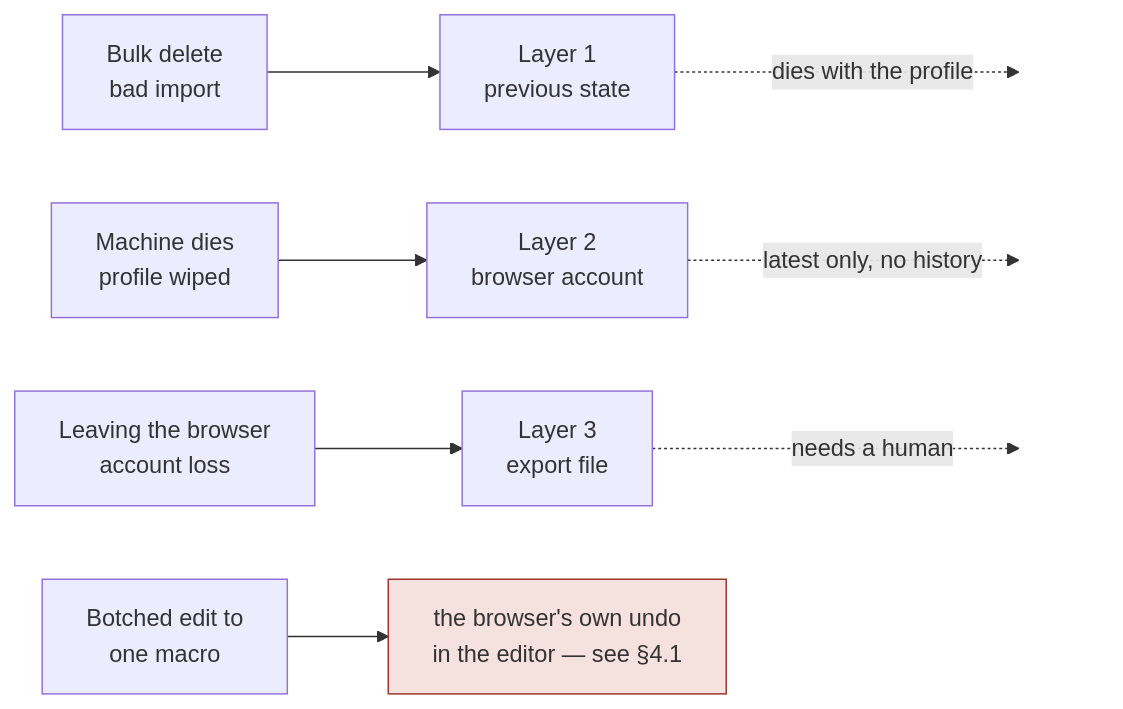
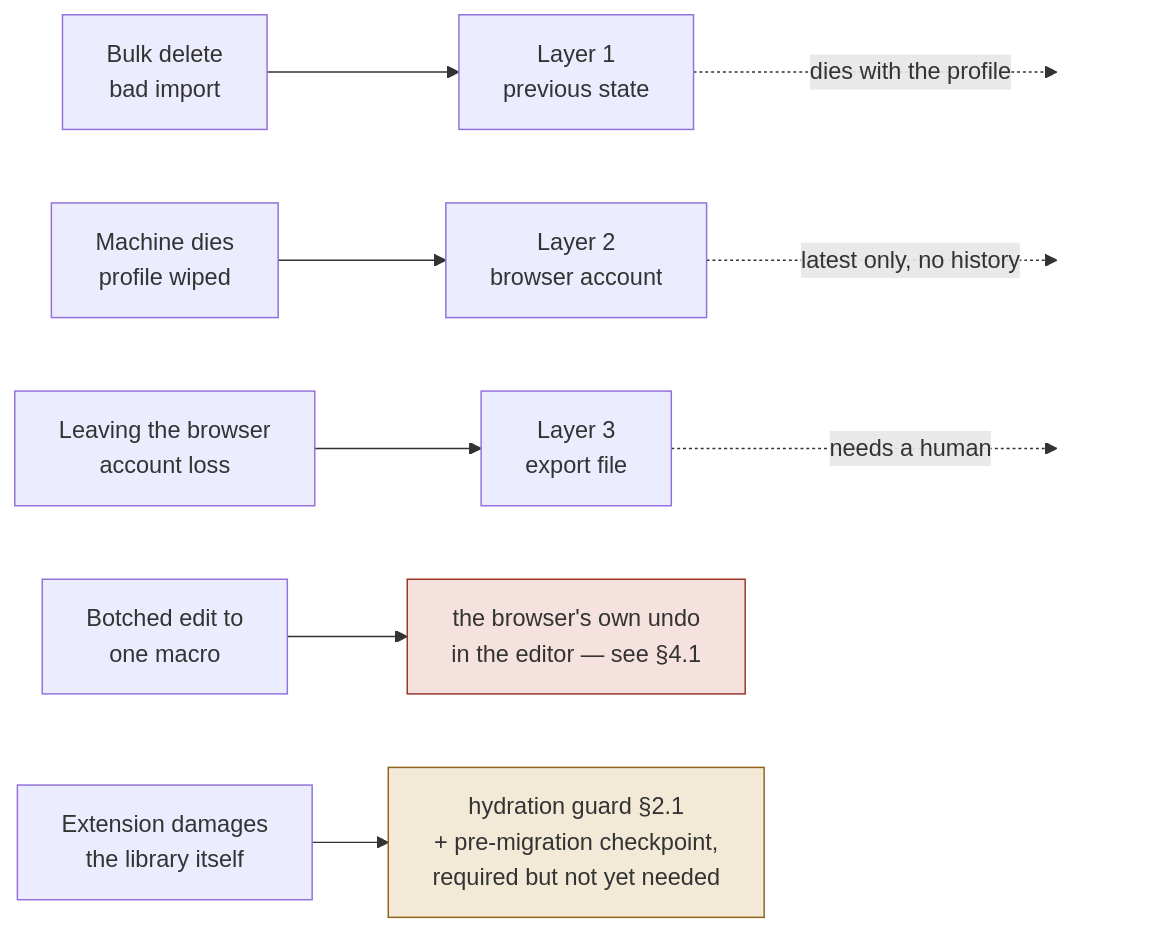
The sixth of 6 diagrams in docs/storage-design.md (Jorge-Gonzalez/monky), drawn with Mermaid before and after one commit. The commit also changed other lines of this file, not shown here.

````diff
--- a/docs/storage-design.md
+++ b/docs/storage-design.md
@@ -577,16 +611,18 @@
 ```mermaid
 flowchart LR
     F1["Bulk delete<br/>bad import"] --> L1["Layer 1<br/>previous state"]
     F2["Machine dies<br/>profile wiped"] --> L2["Layer 2<br/>browser account"]
     F3["Leaving the browser<br/>account loss"] --> L3["Layer 3<br/>export file"]
     F4["Botched edit to<br/>one macro"] --> NONE["the browser's own undo<br/>in the editor — see §4.1"]
+    F5["Extension damages<br/>the library itself"] --> L4["hydration guard §2.1<br/>+ pre-migration checkpoint,<br/>required but not yet needed"]
 
     L1 -.->|"dies with the profile"| X1[" "]
     L2 -.->|"latest only, no history"| X2[" "]
     L3 -.->|"needs a human"| X3[" "]
 
     style NONE fill:#f5e2de,stroke:#9a3527,color:#333
+    style L4 fill:#f2e9d6,stroke:#8f6416,color:#333
     style X1 fill:none,stroke:none
     style X2 fill:none,stroke:none
     style X3 fill:none,stroke:none
 ```
````
